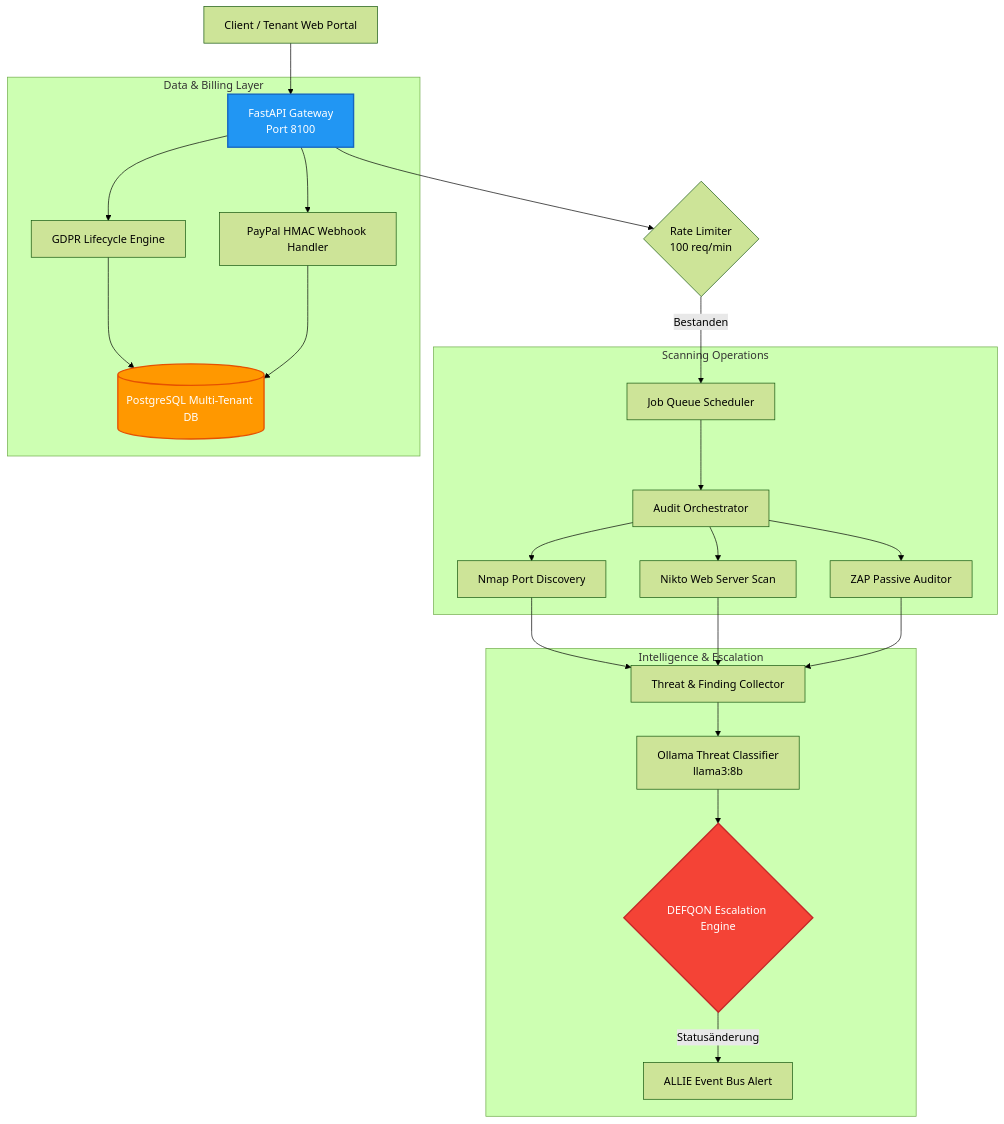
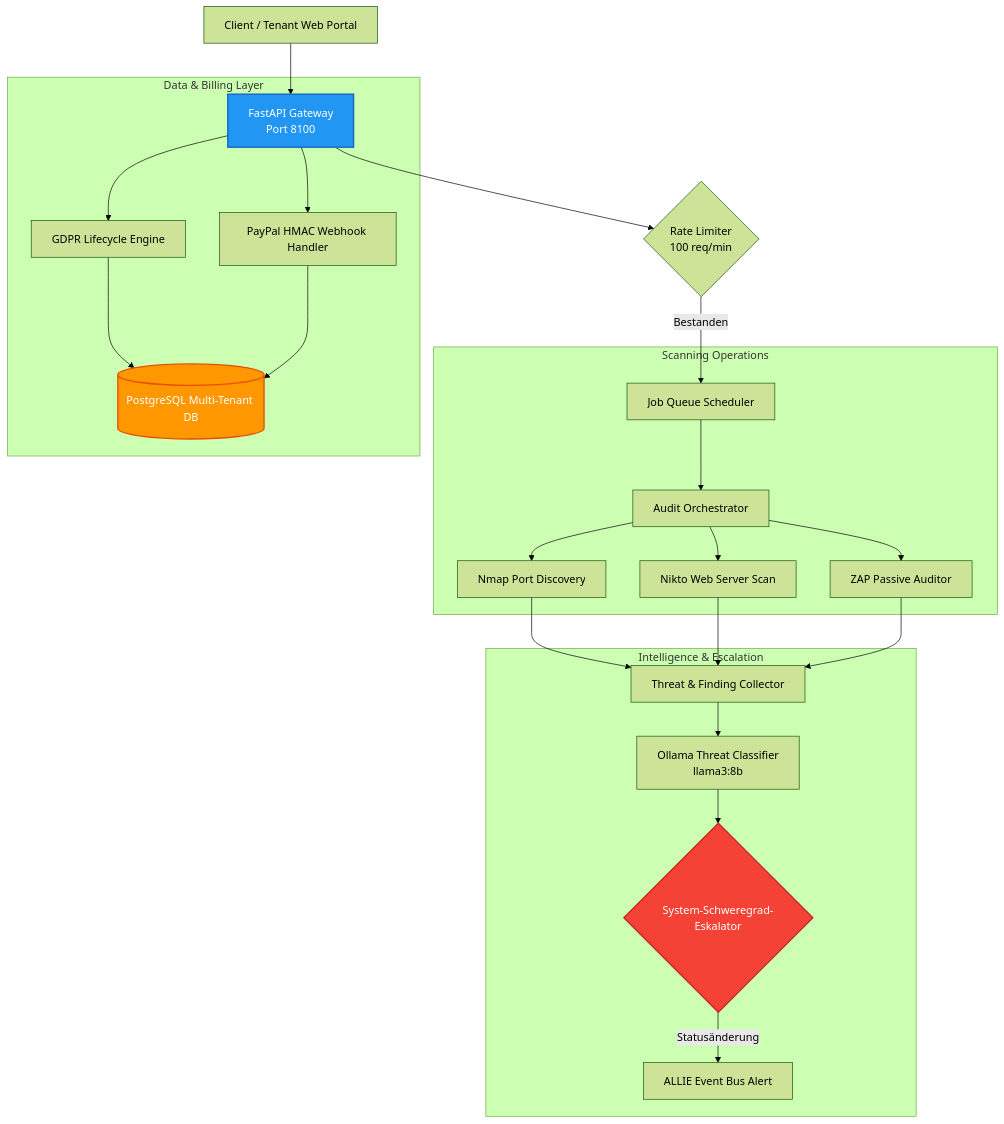
One commit to Marlow932/wasteland-architecture changed the diagram in 03_sentinel-security-auditor/README_DE.md. Above: the diagram before and after it, drawn with Mermaid (forest theme). The commit also changed other lines of this file and 7 other files, not shown here.

First line of the commit message:
docs: complete architecture showcase - sanitized, recruiter-optimized, all paths portable

````diff
--- a/03_sentinel-security-auditor/README_DE.md
+++ b/03_sentinel-security-auditor/README_DE.md
@@ -13,31 +13,31 @@
 ```mermaid
 graph TD
     User[Client / Tenant Web Portal] --> APIGateway[FastAPI Gateway<br/>Port 8100]
     APIGateway --> RateLimiter{Rate Limiter<br/>100 req/min}
     RateLimiter -->|Bestanden| JobScheduler[Job Queue Scheduler]
     
     subgraph Scanning Operations
         JobScheduler --> ScanRunner[Audit Orchestrator]
         ScanRunner --> Nmap[Nmap Port Discovery]
         ScanRunner --> Nikto[Nikto Web Server Scan]
         ScanRunner --> OWASP[ZAP Passive Auditor]
     end
     
     subgraph Intelligence & Escalation
         Nmap & Nikto & OWASP --> ThreatCollector[Threat & Finding Collector]
         ThreatCollector --> LocalLLM[Ollama Threat Classifier<br/>llama3:8b]
-        LocalLLM --> DEFQON{DEFQON Escalation Engine}
-        DEFQON -->|Statusänderung| EventBus[ALLIE Event Bus Alert]
+        LocalLLM --> SeverityEngine{System-Schweregrad-Eskalator}
+        SeverityEngine -->|Statusänderung| EventBus[ALLIE Event Bus Alert]
     end
     
     subgraph Data & Billing Layer
         APIGateway --> GDPR[GDPR Lifecycle Engine]
         GDPR --> PostgreSQL[(PostgreSQL Multi-Tenant DB)]
         APIGateway --> PayPal[PayPal HMAC Webhook Handler]
         PayPal --> PostgreSQL
     end
     
     style APIGateway fill:#2196F3,stroke:#1565C0,stroke-width:2px,color:#fff
-    style DEFQON fill:#F44336,stroke:#C62828,stroke-width:2px,color:#fff
+    style SeverityEngine fill:#F44336,stroke:#C62828,stroke-width:2px,color:#fff
     style PostgreSQL fill:#FF9800,stroke:#E65100,stroke-width:2px,color:#fff
 ```
````
